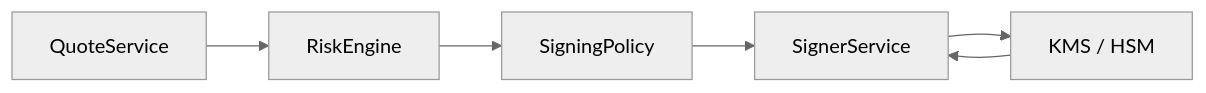
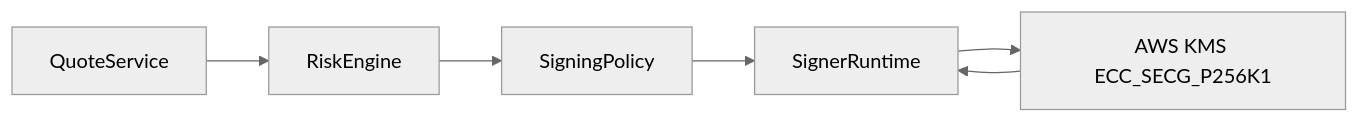
One commit to alvis-ai/production-grade-web3-rfq-market-maker changed the diagram in docs/security/key-management.md. Above: the diagram before and after it, drawn with Mermaid (neutral theme). The commit also changed other lines of this file and 42 other files, not shown here.

Commit message:
feat: add production AWS KMS quote signing

````diff
--- a/docs/security/key-management.md
+++ b/docs/security/key-management.md
@@ -16,8 +16,8 @@
 ```mermaid
 flowchart LR
   QuoteService --> RiskEngine
   RiskEngine --> SigningPolicy
-  SigningPolicy --> SignerService
-  SignerService --> KMS[KMS / HSM]
-  KMS --> SignerService
+  SigningPolicy --> SignerRuntime
+  SignerRuntime --> KMS[AWS KMS ECC_SECG_P256K1]
+  KMS --> SignerRuntime
 ```
````
